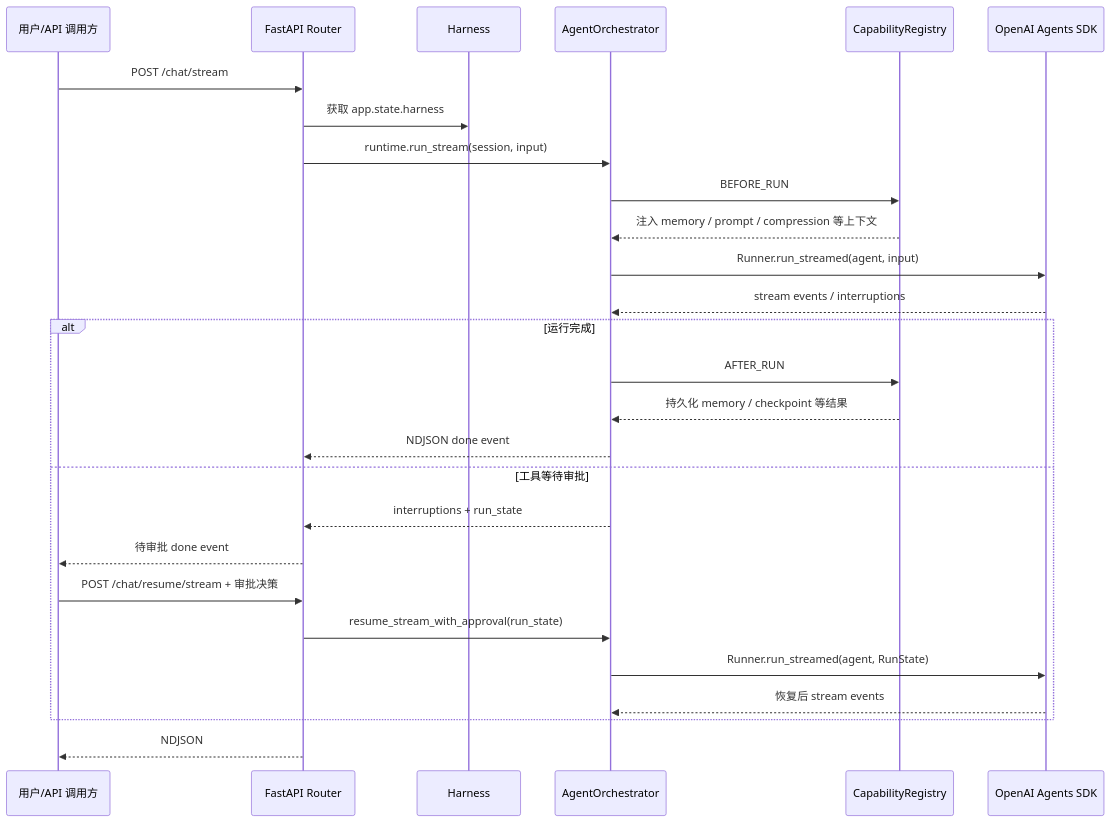
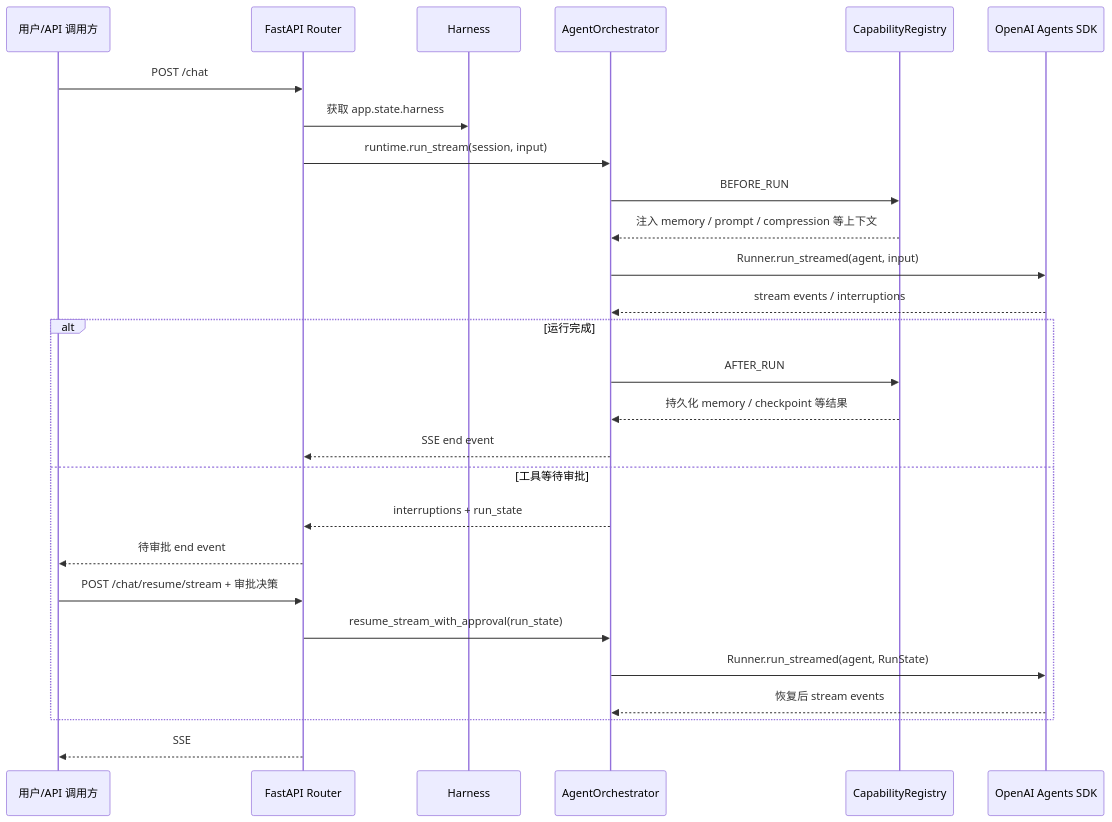
One commit to rnb-tron/openai-agents-harness changed the second of 2 diagrams in README.md. Above: the diagram before and after it, drawn with Mermaid. The commit also changed other lines of this file and 18 other files, not shown here.

````diff
--- a/README.md
+++ b/README.md
@@ -213,30 +213,30 @@
 ```mermaid
 sequenceDiagram
     participant U as 用户/API 调用方
     participant API as FastAPI Router
     participant H as Harness
     participant R as AgentOrchestrator
     participant C as CapabilityRegistry
     participant SDK as OpenAI Agents SDK
 
-    U->>API: POST /chat/stream
+    U->>API: POST /chat
     API->>H: 获取 app.state.harness
     API->>R: runtime.run_stream(session, input)
     R->>C: BEFORE_RUN
     C-->>R: 注入 memory / prompt / compression 等上下文
     R->>SDK: Runner.run_streamed(agent, input)
     SDK-->>R: stream events / interruptions
     alt 运行完成
         R->>C: AFTER_RUN
         C-->>R: 持久化 memory / checkpoint 等结果
-        R-->>API: NDJSON done event
+        R-->>API: SSE end event
     else 工具等待审批
         R-->>API: interruptions + run_state
-        API-->>U: 待审批 done event
+        API-->>U: 待审批 end event
         U->>API: POST /chat/resume/stream + 审批决策
         API->>R: resume_stream_with_approval(run_state)
         R->>SDK: Runner.run_streamed(agent, RunState)
         SDK-->>R: 恢复后 stream events
     end
-    API-->>U: NDJSON
+    API-->>U: SSE
 ```
````
